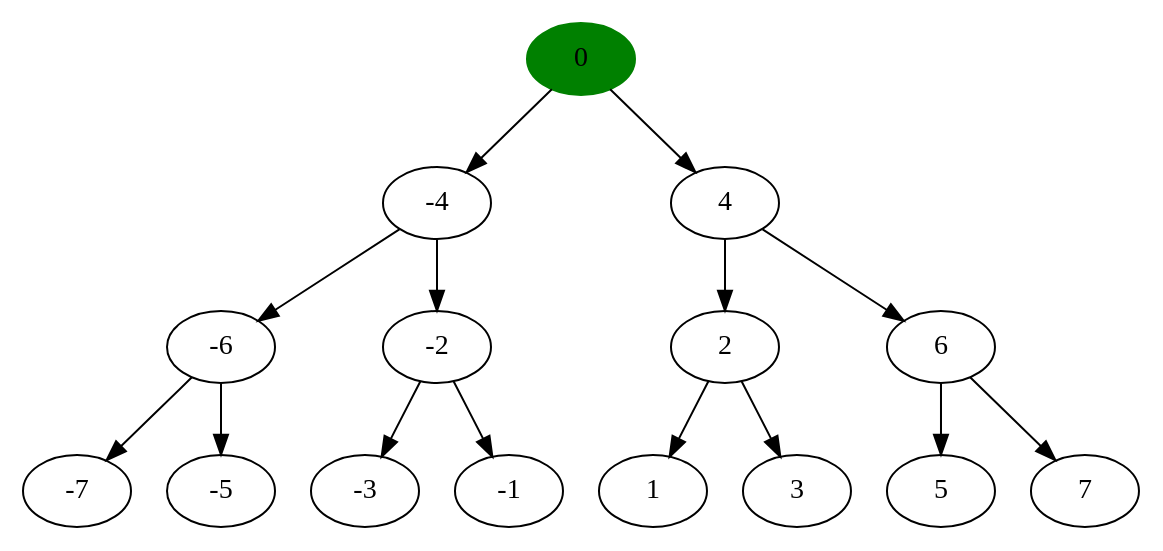
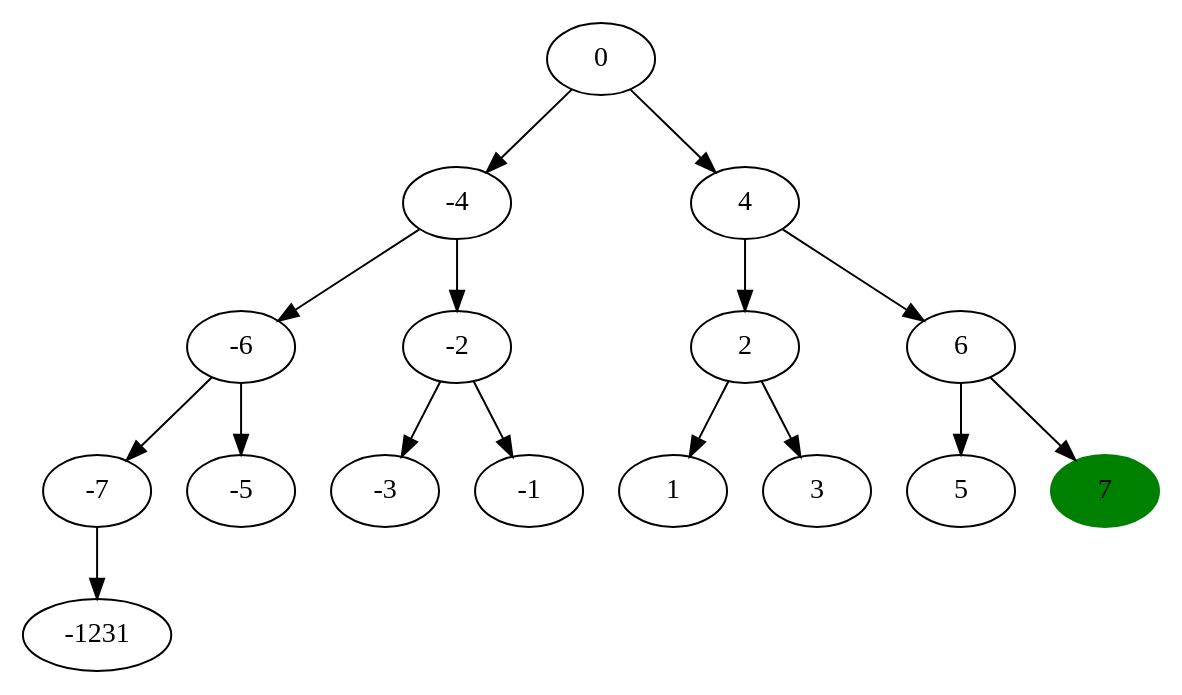
The diagram in algorithm_visualizer/src/save/tmp/tree.dot (Les-Alchimistes-Labs/AlgorithmVisualizer), drawn with Graphviz before and after one commit. The commit also changed 130 other files, not shown here.

```diff
--- a/algorithm_visualizer/src/save/tmp/tree.dot
+++ b/algorithm_visualizer/src/save/tmp/tree.dot
@@ -1,32 +1,34 @@
 digraph tree {
-//0 -4 -6 -7 -5 -2 -3 -1 4 2 1 3 6 5 7 
-n0 [label="0", style = filled , color = green]
+//0 -4 -6 -7 -1231 -5 -2 -3 -1 4 2 1 3 6 5 7 
+n0 [label="0"]
 n_4 [label="-4"]
 n_6 [label="-6"]
 n_7 [label="-7"]
+n_1231 [label="-1231"]
 n_5 [label="-5"]
 n_2 [label="-2"]
 n_3 [label="-3"]
 n_1 [label="-1"]
 n4 [label="4"]
 n2 [label="2"]
 n1 [label="1"]
 n3 [label="3"]
 n6 [label="6"]
 n5 [label="5"]
-n7 [label="7"]
+n7 [label="7", style = filled , color = green]
 n0->n_4
 n0->n4
 n_4->n_6
 n_4->n_2
 n4->n2
 n4->n6
 n_6->n_7
 n_6->n_5
 n_2->n_3
 n_2->n_1
 n2->n1
 n2->n3
 n6->n5
 n6->n7
+n_7->n_1231
 }
```
